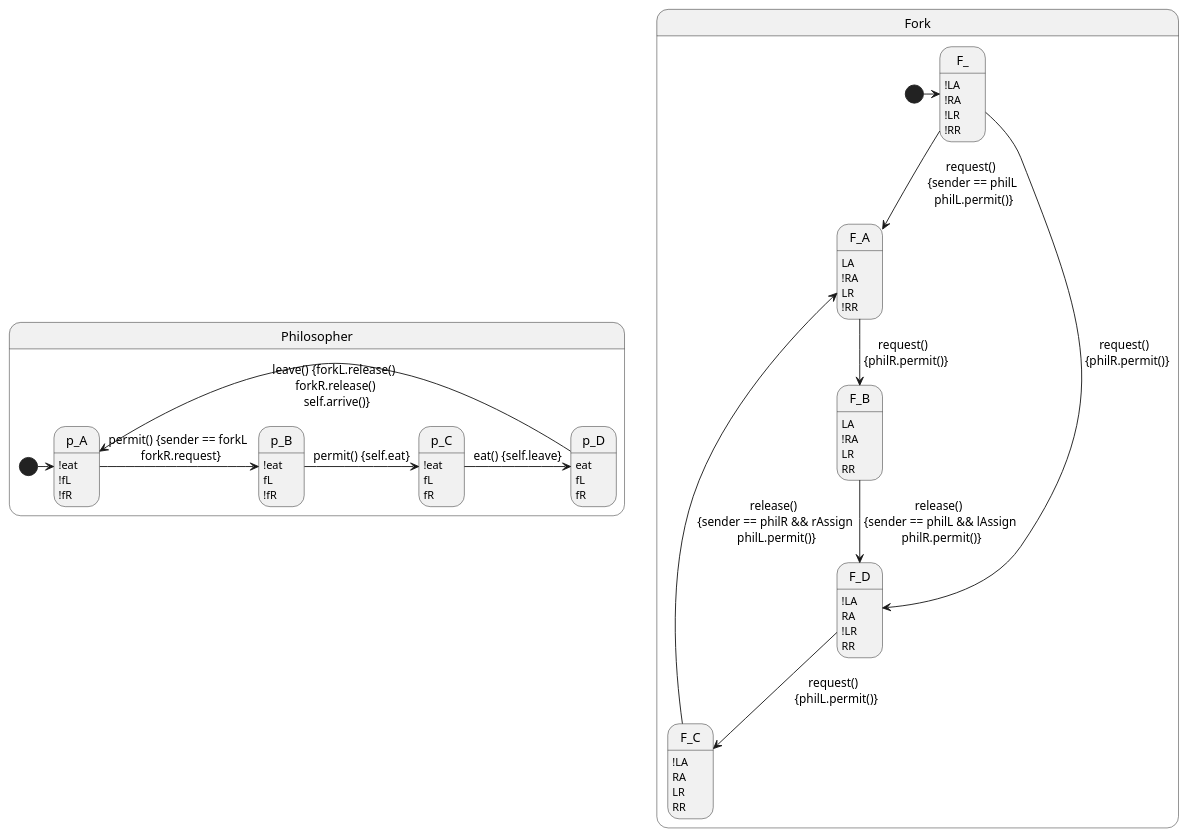
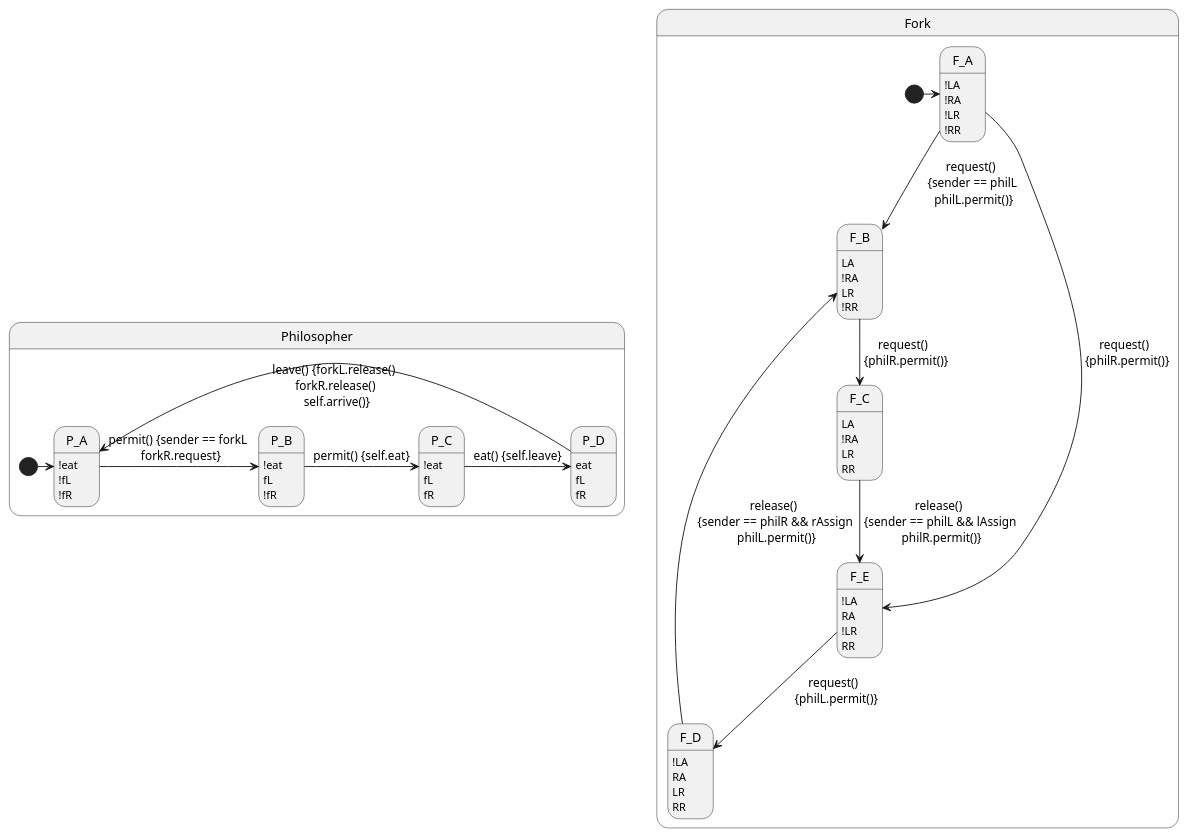
One commit to gnowin/UML-To-Rebecca-Dataset changed the diagram in ModelTranslations/DiningPhilosophers/DiningPhilosophers.plantuml. Above: the diagram before and after it, drawn with PlantUML. The commit also changed 4 other files, not shown here.

```diff
--- a/ModelTranslations/DiningPhilosophers/DiningPhilosophers.plantuml
+++ b/ModelTranslations/DiningPhilosophers/DiningPhilosophers.plantuml
@@ -1,79 +1,79 @@
 @startuml
 
 hide empty description
 
 state Philosopher{
 
-State p_A : !eat
-State p_A : !fL
-State p_A : !fR
+State P_A : !eat
+State P_A : !fL
+State P_A : !fR
 
-State p_B : !eat
-State p_B : fL
-State p_B : !fR
+State P_B : !eat
+State P_B : fL
+State P_B : !fR
 
-State p_C : !eat
-State p_C : fL
-State p_C : fR
+State P_C : !eat
+State P_C : fL
+State P_C : fR
 
-State p_D : eat
-State p_D : fL
-State p_D : fR
+State P_D : eat
+State P_D : fL
+State P_D : fR
 
-[*] -> p_A
+[*] -> P_A
 
-p_A -> p_B : permit() {sender == forkL \n forkR.request}
+P_A -> P_B : permit() {sender == forkL \n forkR.request}
 
-p_B -> p_C : permit() {self.eat}
+P_B -> P_C : permit() {self.eat}
 
-p_C -> p_D : eat() {self.leave}
+P_C -> P_D : eat() {self.leave}
 
-p_D -> p_A : leave() {forkL.release() \n forkR.release() \n self.arrive()}
+P_D -> P_A : leave() {forkL.release() \n forkR.release() \n self.arrive()}
 
 }
 
 state Fork{
 
-State F_ : !LA
-State F_ : !RA
-State F_ : !LR
-State F_ : !RR
-
-State F_A : LA
+State F_A : !LA
 State F_A : !RA
-State F_A : LR
+State F_A : !LR
 State F_A : !RR
 
 State F_B : LA
 State F_B : !RA
+State F_B : LR
+State F_B : !RR
 
-State F_B : LR
-State F_B : RR
+State F_C : LA
+State F_C : !RA
 
-State F_C : !LA
-State F_C : RA
 State F_C : LR
 State F_C : RR
 
 State F_D : !LA
 State F_D : RA
-State F_D : !LR
+State F_D : LR
 State F_D : RR
 
-[*] -> F_
+State F_E : !LA
+State F_E : RA
+State F_E : !LR
+State F_E : RR
 
-F_ --> F_A : request() \n {sender == philL \n philL.permit()}
+[*] -> F_A
 
-F_ --> F_D : request() \n {philR.permit()}
+F_A --> F_B : request() \n {sender == philL \n philL.permit()}
 
-F_A --> F_B : request() \n {philR.permit()}
+F_A --> F_E : request() \n {philR.permit()}
 
-F_B --> F_D : release() \n {sender == philL && lAssign \n philR.permit()}
+F_B --> F_C : request() \n {philR.permit()}
 
-F_D --> F_C : request() \n {philL.permit()}
+F_C --> F_E : release() \n {sender == philL && lAssign \n philR.permit()}
 
-F_C --> F_A : release() \n {sender == philR && rAssign \n philL.permit()}
+F_E --> F_D : request() \n {philL.permit()}
+
+F_D --> F_B : release() \n {sender == philR && rAssign \n philL.permit()}
 
 }
 
 @enduml 
```
